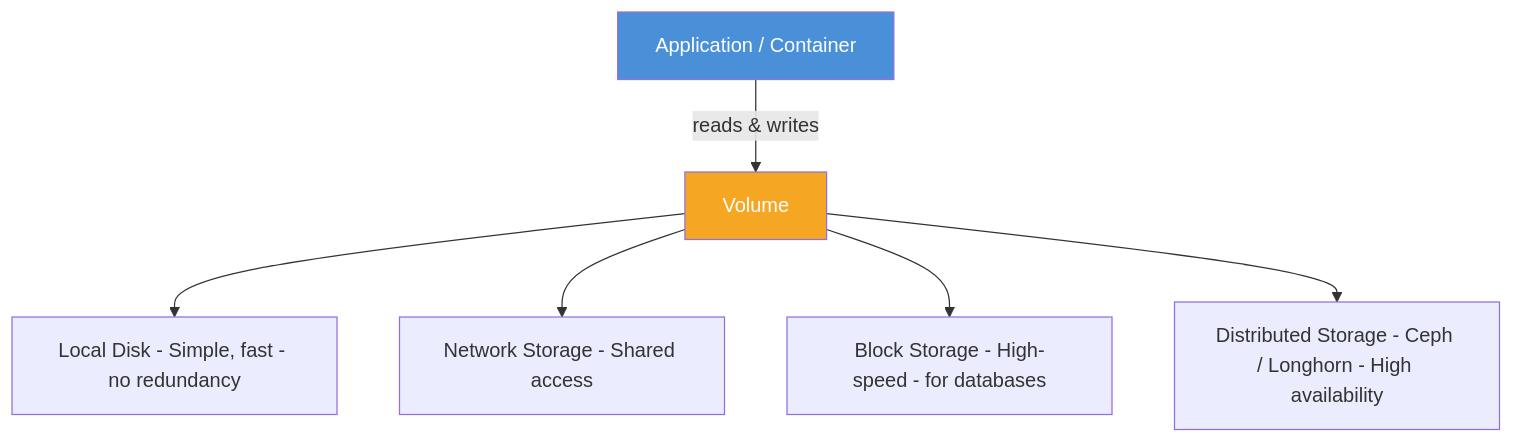
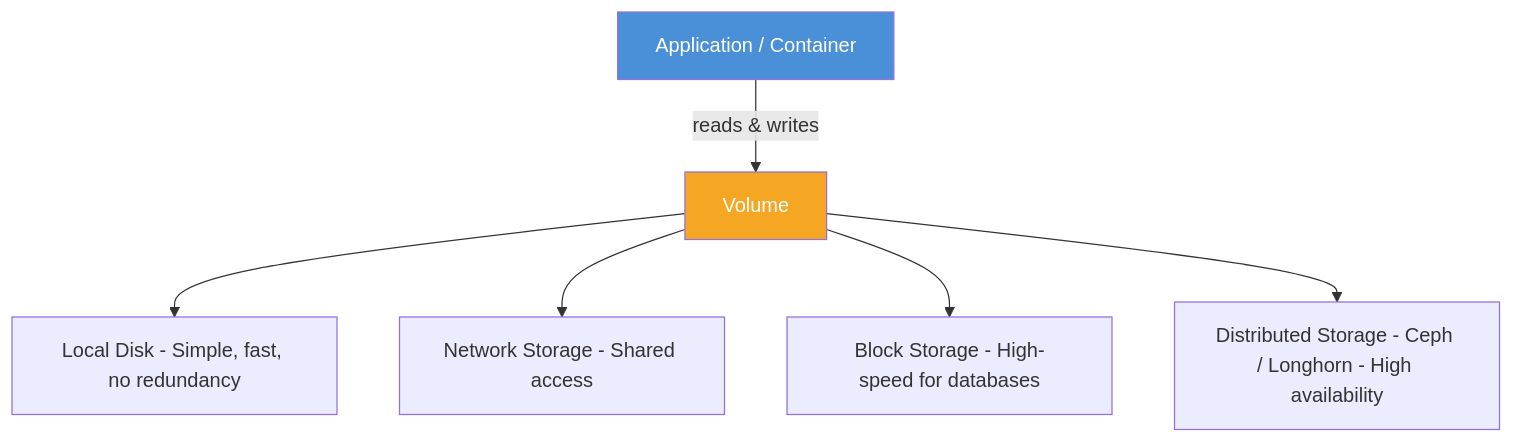
Before and after one commit to abecam/DeKCD-DMOnTheCloud: the first of 5 diagrams in pages/Data_storage.qmd, drawn with Mermaid. The commit also changed other lines of this file and 3 other files, not shown here.

````diff
--- a/pages/Data_storage.qmd
+++ b/pages/Data_storage.qmd
@@ -35,11 +35,11 @@
 ```{mermaid}
 flowchart TD
     A[Application / Container] -->|reads & writes| V[Volume]
-    V --> L[Local Disk - Simple, fast - no redundancy]
+    V --> L[Local Disk - Simple, fast, no redundancy]
     V --> N[Network Storage - Shared access]
-    V --> B[Block Storage - High-speed - for databases]
+    V --> B[Block Storage - High-speed for databases]
     V --> D[Distributed Storage - Ceph / Longhorn - High availability]
 
     style A fill:#4A90D9,color:#fff
     style V fill:#F5A623,color:#fff
 ```
````
